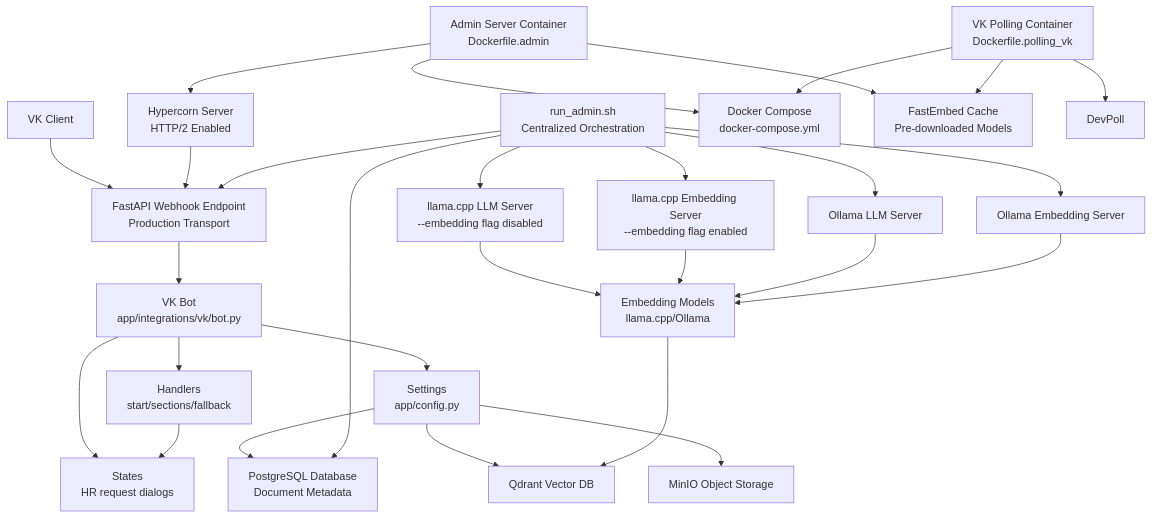
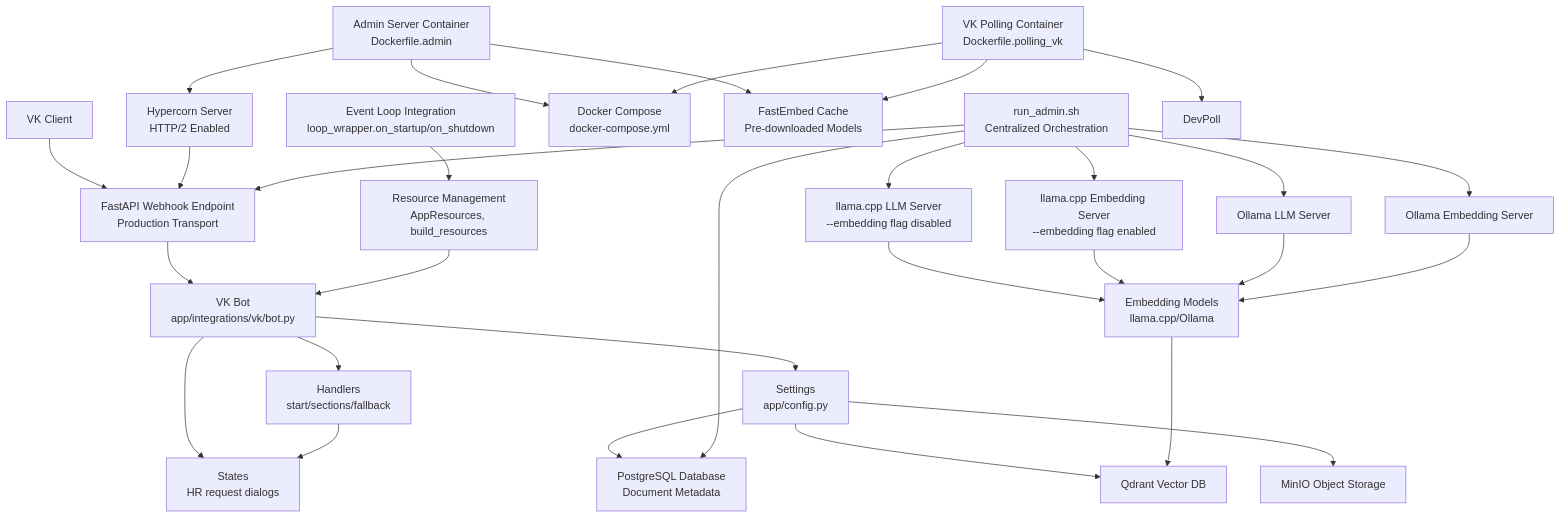
One commit to ognelis/cafetera_hr_bot changed the second of 23 diagrams in .qoder/repowiki/en/content/Deployment and Operations.md. Above: the diagram before and after it, drawn with Mermaid. The commit also changed other lines of this file and 12 other files, not shown here.

````diff
--- a/.qoder/repowiki/en/content/Deployment and Operations.md
+++ b/.qoder/repowiki/en/content/Deployment and Operations.md
@@ -214,50 +226,54 @@
 ```mermaid
 graph TB
 Client["VK Client"]
 Webhook["FastAPI Webhook Endpoint<br/>Production Transport"]
 Bot["VK Bot<br/>app/integrations/vk/bot.py"]
 Handlers["Handlers<br/>start/sections/fallback"]
 States["States<br/>HR request dialogs"]
 Config["Settings<br/>app/config.py"]
 PostgreSQL["PostgreSQL Database<br/>Document Metadata"]
 Qdrant["Qdrant Vector DB"]
 MinIO["MinIO Object Storage"]
 Embeddings["Embedding Models<br/>llama.cpp/Ollama"]
 LlamaLLM["llama.cpp LLM Server<br/>--embedding flag disabled"]
 LlamaEmbed["llama.cpp Embedding Server<br/>--embedding flag enabled"]
 OllamaLLM["Ollama LLM Server"]
 OllamaEmbed["Ollama Embedding Server"]
 Hypercorn["Hypercorn Server<br/>HTTP/2 Enabled"]
 Orchestrator["run_admin.sh<br/>Centralized Orchestration"]
 AdminDocker["Admin Server Container<br/>Dockerfile.admin"]
 VKDocker["VK Polling Container<br/>Dockerfile.polling_vk"]
 DockerCompose["Docker Compose<br/>docker-compose.yml"]
 FastEmbedCache["FastEmbed Cache<br/>Pre-downloaded Models"]
+EventLoop["Event Loop Integration<br/>loop_wrapper.on_startup/on_shutdown"]
+ResourceMgr["Resource Management<br/>AppResources, build_resources"]
 Client --> Webhook
 Webhook --> Bot
 Bot --> Handlers
 Bot --> States
 Bot --> Config
 Handlers --> States
 Config --> PostgreSQL
 Config --> Qdrant
 Config --> MinIO
 Embeddings --> Qdrant
 LlamaLLM --> Embeddings
 LlamaEmbed --> Embeddings
 OllamaLLM --> Embeddings
 OllamaEmbed --> Embeddings
 Hypercorn --> Webhook
 Orchestrator --> Webhook
 Orchestrator --> LlamaLLM
 Orchestrator --> LlamaEmbed
 Orchestrator --> OllamaLLM
 Orchestrator --> OllamaEmbed
 Orchestrator --> PostgreSQL
 AdminDocker --> Hypercorn
 AdminDocker --> FastEmbedCache
 AdminDocker --> DockerCompose
 VKDocker --> DevPoll
 VKDocker --> FastEmbedCache
 VKDocker --> DockerCompose
+EventLoop --> ResourceMgr
+ResourceMgr --> Bot
 ```
````
